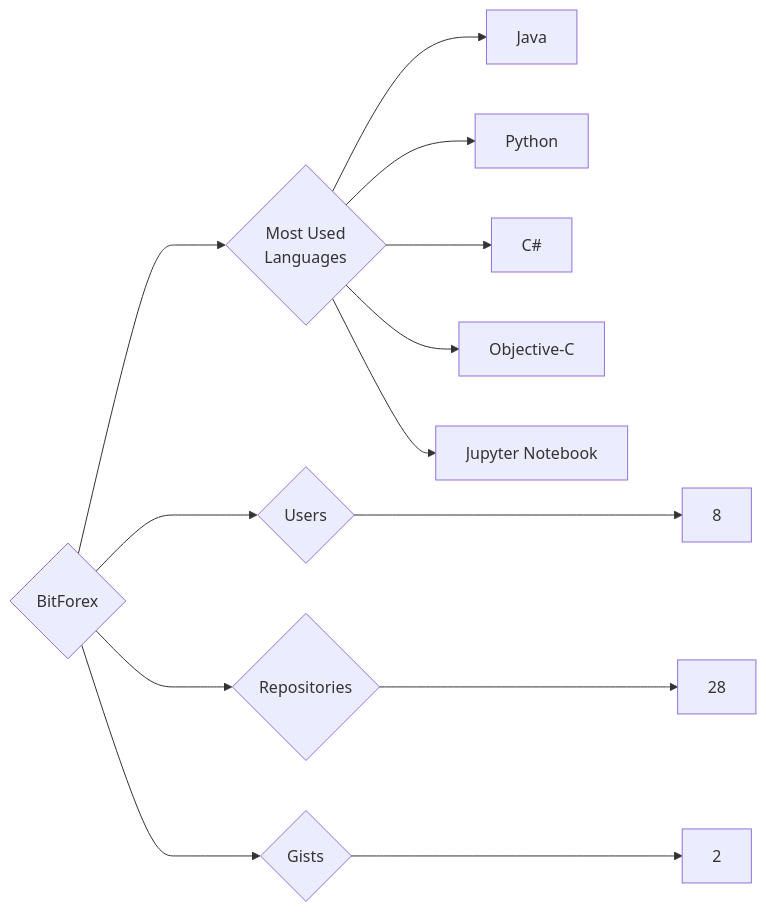
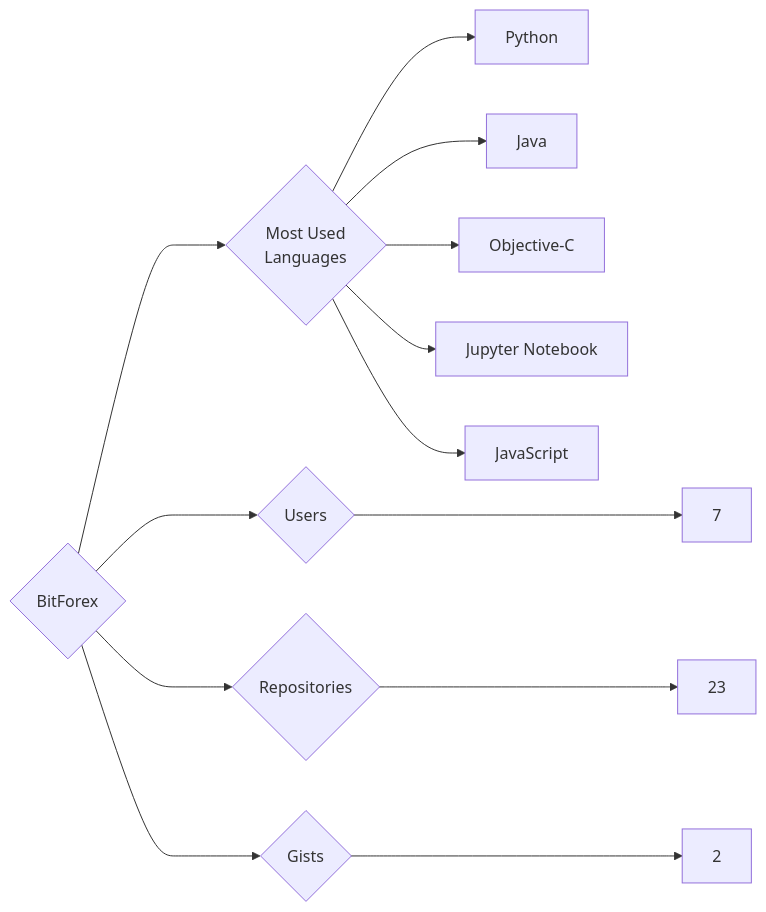
One commit to trickest/insiders changed the diagram in targets/BitForex/README.md. Above: the diagram before and after it, drawn with Mermaid. The commit also changed 1020 other files, not shown here.

````diff
--- a/targets/BitForex/README.md
+++ b/targets/BitForex/README.md
@@ -3,13 +3,13 @@
 ```mermaid
 graph LR
 COMPANY_NAME{BitForex}
-COMPANY_NAME ---> U{Users} ---> UN[8]
-COMPANY_NAME ---> R{Repositories} ---> RN[28]
+COMPANY_NAME ---> U{Users} ---> UN[7]
+COMPANY_NAME ---> R{Repositories} ---> RN[23]
 COMPANY_NAME ---> G{Gists} ---> GN[2]
 COMPANY_NAME ---> ML{Most Used<br>Languages}
+ML --> Python[Python]
 ML --> Java[Java]
-ML --> Python[Python]
-ML --> C#[C#]
 ML --> Objective-C[Objective-C]
 ML --> Jupyter_Notebook[Jupyter Notebook]
+ML --> JavaScript[JavaScript]
 ```
````
